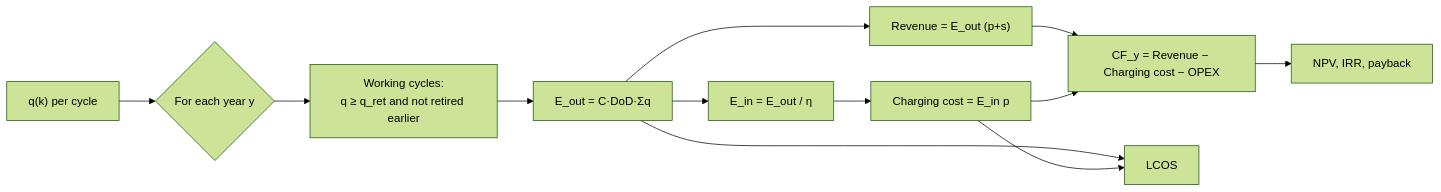
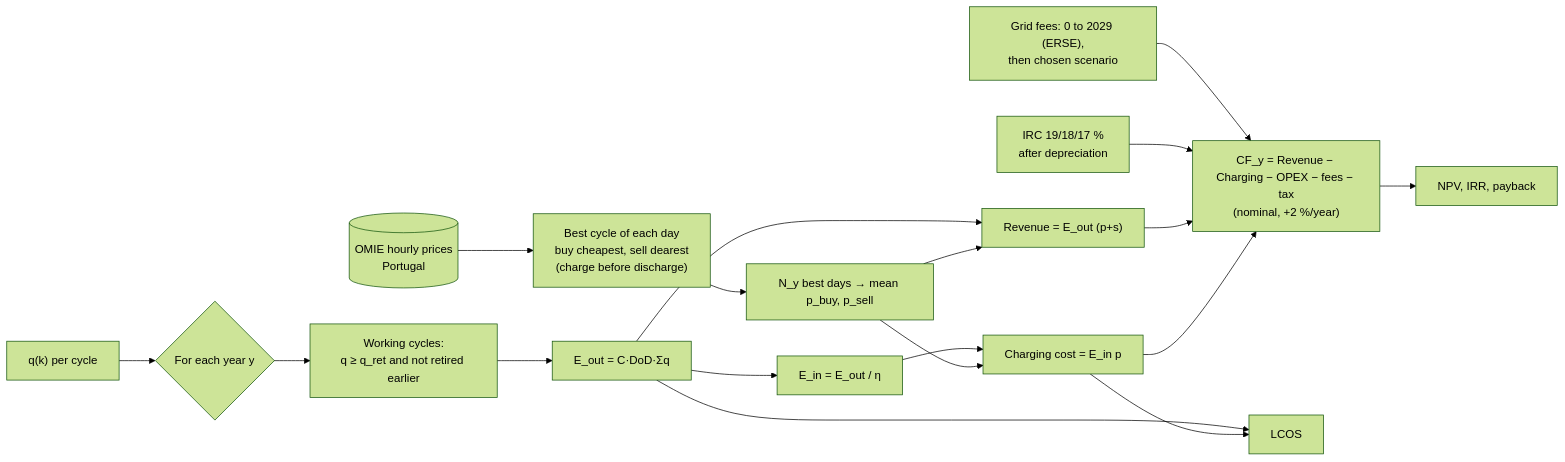
One commit to TheJohn01/DigitalTwinBattery changed the eighth of 11 diagrams in README.md. Above: the diagram before and after it, drawn with Mermaid (forest theme). The commit also changed other lines of this file and 7 other files, not shown here.

````diff
--- a/README.md
+++ b/README.md
@@ -822,14 +886,20 @@
 ```mermaid
 flowchart LR
+    PR[("OMIE hourly prices<br/>Portugal")] --> DA["Best cycle of each day<br/>buy cheapest, sell dearest<br/>(charge before discharge)"]
+    DA --> SEL["N_y best days → mean p_buy, p_sell"]
     Q["q(k) per cycle"] --> Y{"For each year y"}
     Y --> W["Working cycles:<br/>q ≥ q_ret and not retired earlier"]
     W --> EO["E_out = C·DoD·Σq"]
     EO --> EI["E_in = E_out / η"]
     EO --> R["Revenue = E_out (p+s)"]
     EI --> CC["Charging cost = E_in p"]
-    R --> CF["CF_y = Revenue − Charging cost − OPEX"]
+    SEL --> R
+    SEL --> CC
+    FEE["Grid fees: 0 to 2029 (ERSE),<br/>then chosen scenario"] --> CF
+    TAX["IRC 19/18/17 %<br/>after depreciation"] --> CF
+    R --> CF["CF_y = Revenue − Charging − OPEX − fees − tax<br/>(nominal, +2 %/year)"]
     CC --> CF
     CF --> NPV["NPV, IRR, payback"]
     EO --> LCOS["LCOS"]
     CC --> LCOS
 ```
````
